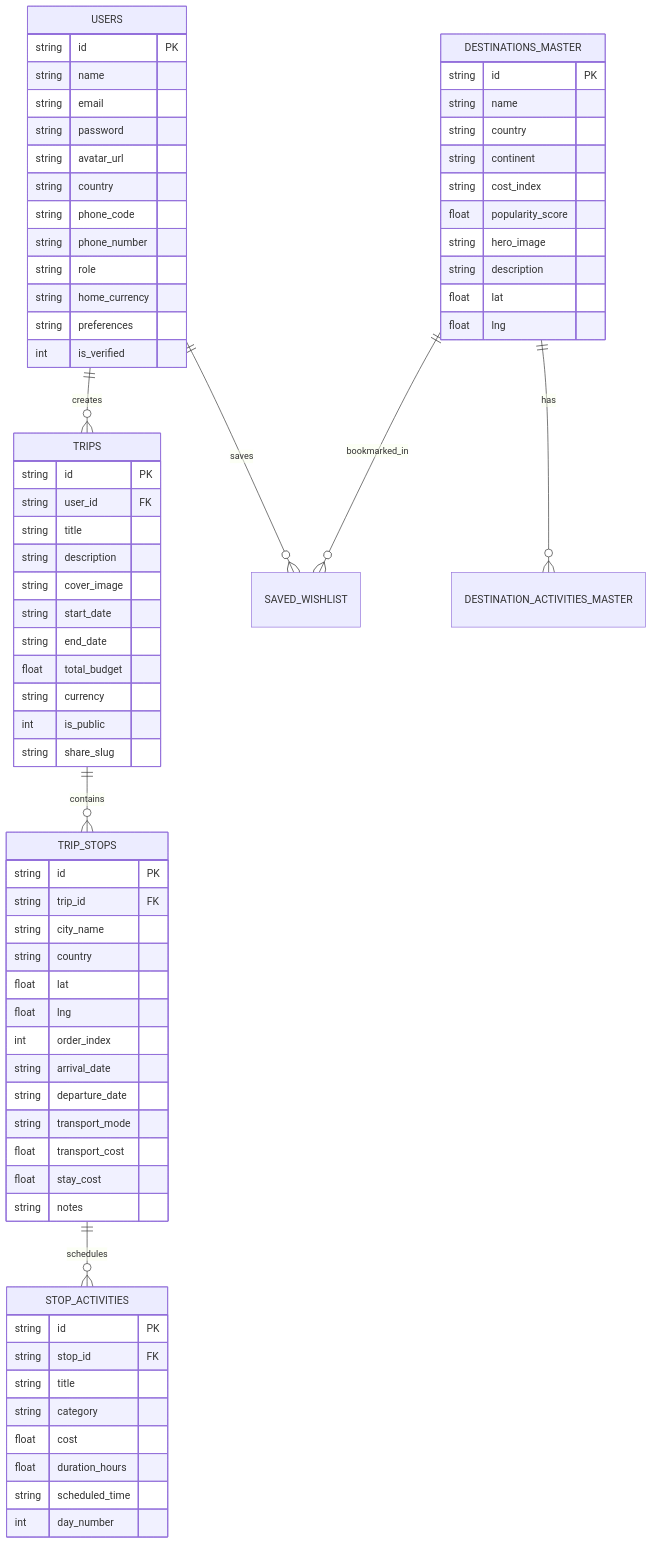
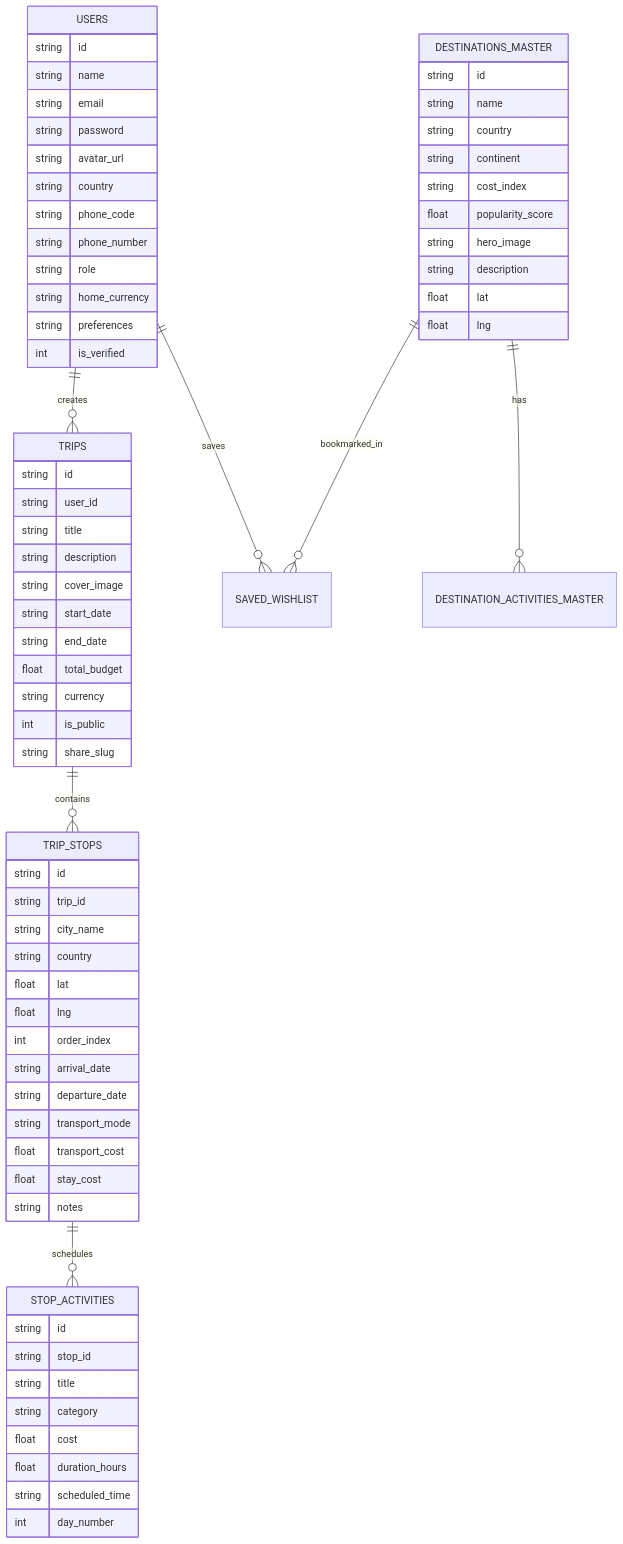
One commit to anandK-S/GlobeTrotter changed the third of 4 diagrams in README.md. Above: the diagram before and after it, drawn with Mermaid. The commit also changed other lines of this file, not shown here.

Commit message:
docs: fix Mermaid syntax for 100% GitHub rendering, add requirements alignment matrix and relational schema tables

````diff
--- a/README.md
+++ b/README.md
@@ -147,78 +141,78 @@
 ```mermaid
 erDiagram
-    USERS ||--o{ TRIPS : creates
-    USERS ||--o{ SAVED_WISHLIST : saves
-    TRIPS ||--o{ TRIP_STOPS : contains
-    TRIP_STOPS ||--o{ STOP_ACTIVITIES : schedules
-    DESTINATIONS_MASTER ||--o{ DESTINATION_ACTIVITIES_MASTER : has
-    DESTINATIONS_MASTER ||--o{ SAVED_WISHLIST : bookmarked_in
+    USERS ||--o{ TRIPS : "creates"
+    USERS ||--o{ SAVED_WISHLIST : "saves"
+    TRIPS ||--o{ TRIP_STOPS : "contains"
+    TRIP_STOPS ||--o{ STOP_ACTIVITIES : "schedules"
+    DESTINATIONS_MASTER ||--o{ DESTINATION_ACTIVITIES_MASTER : "has"
+    DESTINATIONS_MASTER ||--o{ SAVED_WISHLIST : "bookmarked_in"
 
     USERS {
-        string id PK
+        string id
         string name
         string email
         string password
         string avatar_url
         string country
         string phone_code
         string phone_number
         string role
         string home_currency
         string preferences
         int is_verified
     }
 
     TRIPS {
-        string id PK
-        string user_id FK
+        string id
+        string user_id
         string title
         string description
         string cover_image
         string start_date
         string end_date
         float total_budget
         string currency
         int is_public
         string share_slug
     }
 
     TRIP_STOPS {
-        string id PK
-        string trip_id FK
+        string id
+        string trip_id
         string city_name
         string country
         float lat
         float lng
         int order_index
         string arrival_date
         string departure_date
         string transport_mode
         float transport_cost
         float stay_cost
         string notes
     }
 
     STOP_ACTIVITIES {
-        string id PK
-        string stop_id FK
+        string id
+        string stop_id
         string title
         string category
         float cost
         float duration_hours
         string scheduled_time
         int day_number
     }
 
     DESTINATIONS_MASTER {
-        string id PK
+        string id
         string name
         string country
         string continent
         string cost_index
         float popularity_score
         string hero_image
         string description
         float lat
         float lng
     }
 ```
````
